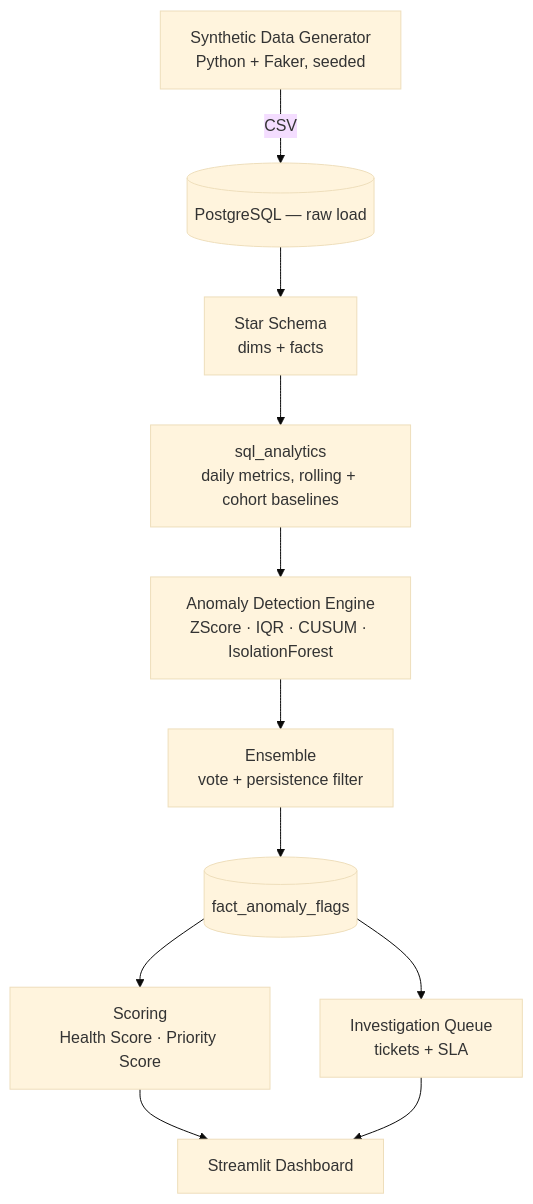
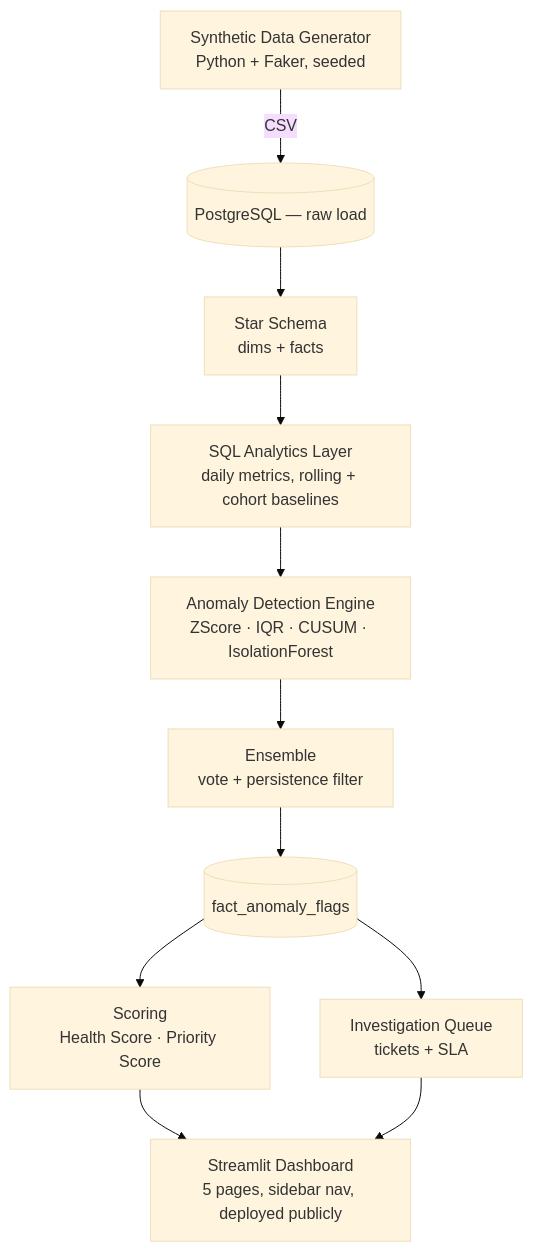
Before and after one commit to Tisha1169/SellerPulse-Marketplace-Seller-Health-Anomaly-Command-Center: the first of 6 diagrams in README.md, drawn with Mermaid (base theme). The commit also changed other lines of this file, not shown here.

````diff
--- a/README.md
+++ b/README.md
@@ -52,13 +124,13 @@
 ```mermaid
 flowchart TD
     A[Synthetic Data Generator<br/>Python + Faker, seeded] -->|CSV| B[(PostgreSQL — raw load)]
     B --> C[Star Schema<br/>dims + facts]
-    C --> D[sql_analytics<br/>daily metrics, rolling + cohort baselines]
+    C --> D[SQL Analytics Layer<br/>daily metrics, rolling + cohort baselines]
     D --> E[Anomaly Detection Engine<br/>ZScore · IQR · CUSUM · IsolationForest]
     E --> F[Ensemble<br/>vote + persistence filter]
     F --> G[(fact_anomaly_flags)]
     G --> H[Scoring<br/>Health Score · Priority Score]
     G --> I[Investigation Queue<br/>tickets + SLA]
-    H --> J[Streamlit Dashboard]
+    H --> J[Streamlit Dashboard<br/>5 pages, sidebar nav, deployed publicly]
     I --> J
 ```
````
